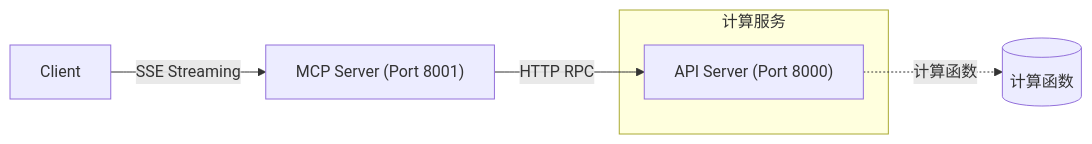
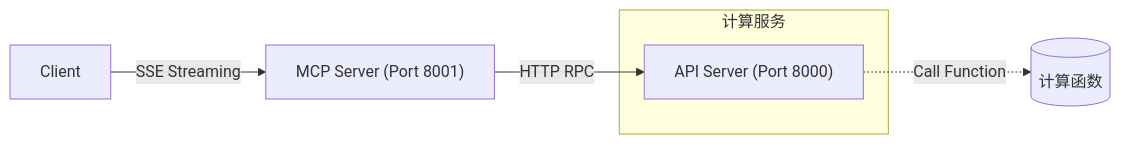
The diagram in README.md (uoky5217/Mcp-Server-Study), drawn with Mermaid before and after one commit.

Commit message:
跟新

````diff
--- a/README.md
+++ b/README.md
@@ -11,10 +11,10 @@
 ```mermaid
 graph LR
     Client-->|SSE Streaming| MCP_Server["MCP Server (Port 8001)"]
     MCP_Server-->|HTTP RPC| API_Server["API Server (Port 8000)"]
-    API_Server-.->|计算函数| FUNC[(计算函数)]
+    API_Server-.->|Call Function| FUNC[(计算函数)]
     
     subgraph 计算服务
         API_Server
     end
 ```
````
